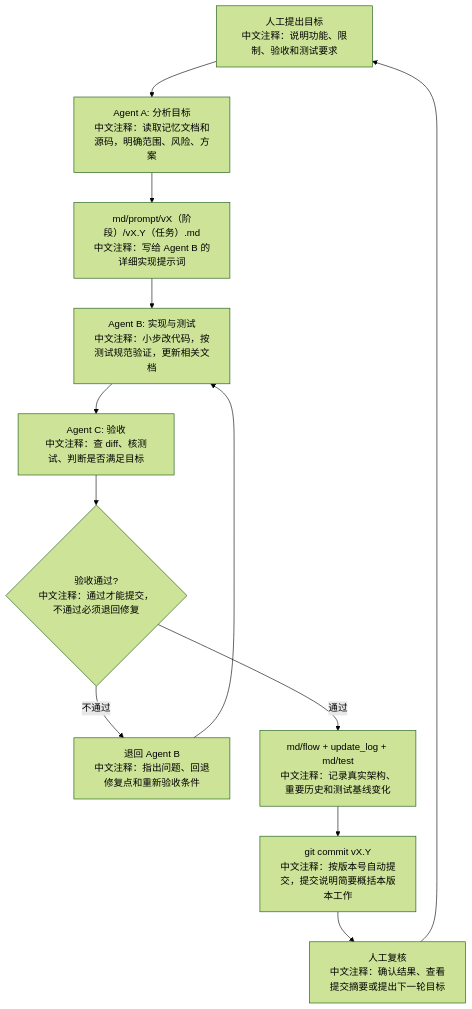
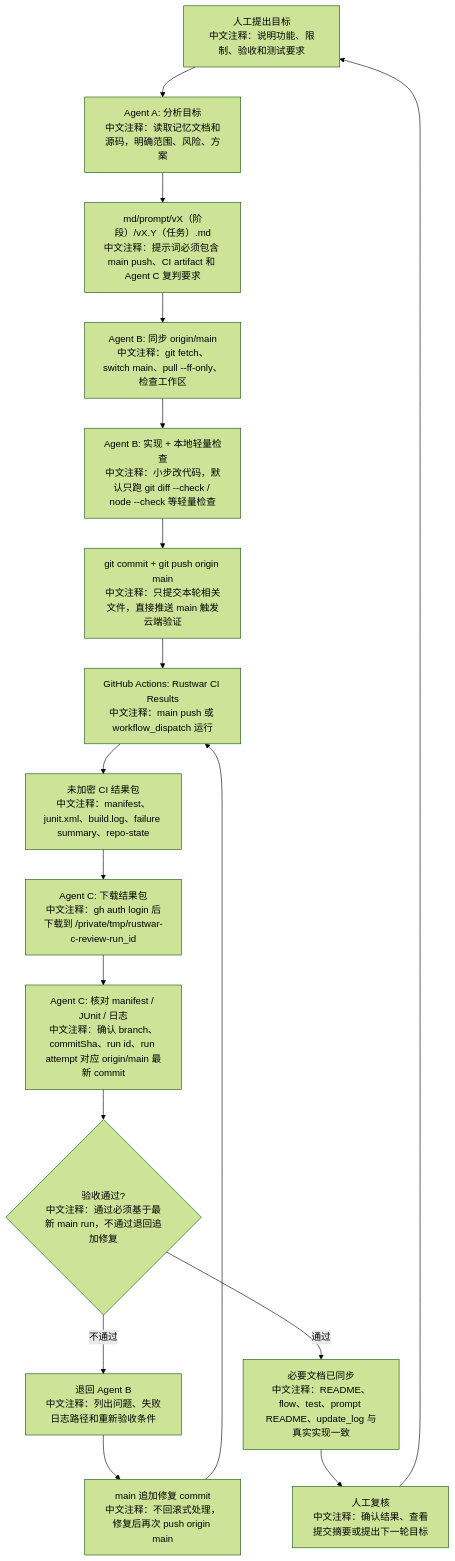
One commit to Altman-sam114/120 changed the third of 4 diagrams in md/flow/flowchart.md. Above: the diagram before and after it, drawn with Mermaid (forest theme). The commit also changed other lines of this file and 7 other files, not shown here.

````diff
--- a/md/flow/flowchart.md
+++ b/md/flow/flowchart.md
@@ -52,14 +52,19 @@
 ```mermaid
 flowchart TD
   H["人工提出目标<br/>中文注释：说明功能、限制、验收和测试要求"] --> A1["Agent A: 分析目标<br/>中文注释：读取记忆文档和源码，明确范围、风险、方案"]
-  A1 --> P["md/prompt/vX（阶段）/vX.Y（任务）.md<br/>中文注释：写给 Agent B 的详细实现提示词"]
-  P --> B1["Agent B: 实现与测试<br/>中文注释：小步改代码，按测试规范验证，更新相关文档"]
-  B1 --> C1["Agent C: 验收<br/>中文注释：查 diff、核测试、判断是否满足目标"]
-  C1 --> D1{"验收通过?<br/>中文注释：通过才能提交，不通过必须退回修复"}
-  D1 -- "不通过" --> B2["退回 Agent B<br/>中文注释：指出问题、回退修复点和重新验收条件"]
-  B2 --> B1
-  D1 -- "通过" --> F["md/flow + update_log + md/test<br/>中文注释：记录真实架构、重要历史和测试基线变化"]
-  F --> G["git commit vX.Y<br/>中文注释：按版本号自动提交，提交说明简要概括本版本工作"]
-  G --> H2["人工复核<br/>中文注释：确认结果、查看提交摘要或提出下一轮目标"]
+  A1 --> P["md/prompt/vX（阶段）/vX.Y（任务）.md<br/>中文注释：提示词必须包含 main push、CI artifact 和 Agent C 复判要求"]
+  P --> B0["Agent B: 同步 origin/main<br/>中文注释：git fetch、switch main、pull --ff-only、检查工作区"]
+  B0 --> B1["Agent B: 实现 + 本地轻量检查<br/>中文注释：小步改代码，默认只跑 git diff --check / node --check 等轻量检查"]
+  B1 --> B2["git commit + git push origin main<br/>中文注释：只提交本轮相关文件，直接推送 main 触发云端验证"]
+  B2 --> GH["GitHub Actions: Rustwar CI Results<br/>中文注释：main push 或 workflow_dispatch 运行"]
+  GH --> AR["未加密 CI 结果包<br/>中文注释：manifest、junit.xml、build.log、failure summary、repo-state"]
+  AR --> C1["Agent C: 下载结果包<br/>中文注释：gh auth login 后下载到 /private/tmp/rustwar-c-review-run_id"]
+  C1 --> C2["Agent C: 核对 manifest / JUnit / 日志<br/>中文注释：确认 branch、commitSha、run id、run attempt 对应 origin/main 最新 commit"]
+  C2 --> D1{"验收通过?<br/>中文注释：通过必须基于最新 main run，不通过退回追加修复"}
+  D1 -- "不通过" --> R1["退回 Agent B<br/>中文注释：列出问题、失败日志路径和重新验收条件"]
+  R1 --> R2["main 追加修复 commit<br/>中文注释：不回滚式处理，修复后再次 push origin main"]
+  R2 --> GH
+  D1 -- "通过" --> F["必要文档已同步<br/>中文注释：README、flow、test、prompt README、update_log 与真实实现一致"]
+  F --> H2["人工复核<br/>中文注释：确认结果、查看提交摘要或提出下一轮目标"]
   H2 --> H
 ```
````
